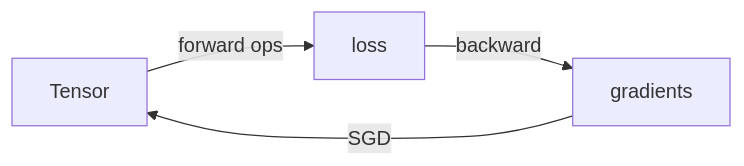
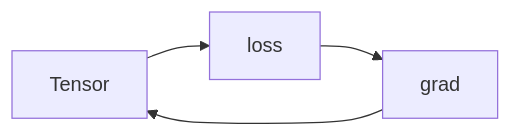
One commit to WsNodeX/ember changed the diagram in README.md. Above: the diagram before and after it, drawn with Mermaid. The commit also changed other lines of this file, not shown here.

````diff
--- a/README.md
+++ b/README.md
@@ -17,6 +7,4 @@
 ```mermaid
 graph LR
-  A[Tensor] -->|forward ops| B[loss]
-  B -->|backward| C[gradients]
-  C -->|SGD| A
+  T[Tensor] --> L[loss] --> G[grad] --> T
 ```
````
